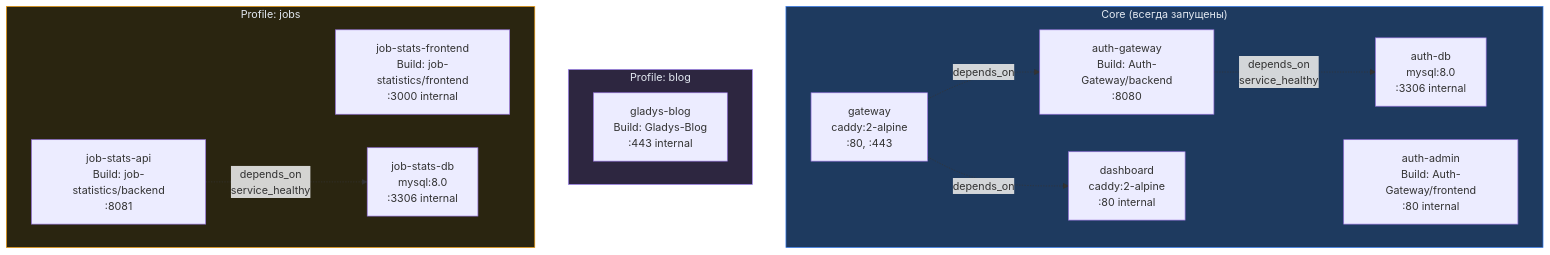
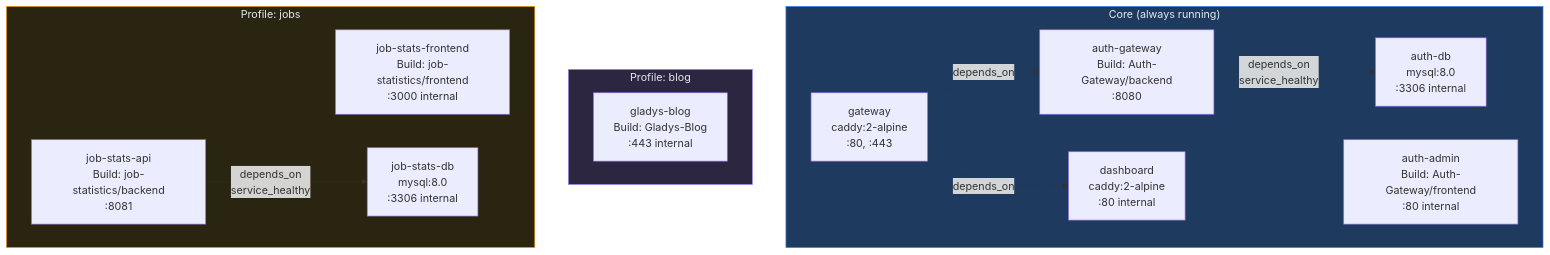
One commit to Finc8888/Dashboard changed the ninth of 13 diagrams in ARCHITECTURE.md. Above: the diagram before and after it, drawn with Mermaid. The commit also changed other lines of this file and 4 other files, not shown here.

````diff
--- a/ARCHITECTURE.md
+++ b/ARCHITECTURE.md
@@ -578,29 +578,29 @@
 ```mermaid
 flowchart TB
-    subgraph Core["Core (всегда запущены)"]
+    subgraph Core["Core (always running)"]
         GW["gateway<br/>caddy:2-alpine<br/>:80, :443"]
         DASH["dashboard<br/>caddy:2-alpine<br/>:80 internal"]
         AUTH["auth-gateway<br/>Build: Auth-Gateway/backend<br/>:8080"]
         AUTH_UI["auth-admin<br/>Build: Auth-Gateway/frontend<br/>:80 internal"]
         AUTH_DB["auth-db<br/>mysql:8.0<br/>:3306 internal"]
     end
 
     subgraph Blog["Profile: blog"]
         BLOG_SVC["gladys-blog<br/>Build: Gladys-Blog<br/>:443 internal"]
     end
 
     subgraph Jobs["Profile: jobs"]
         JOBS_FE["job-stats-frontend<br/>Build: job-statistics/frontend<br/>:3000 internal"]
         JOBS_API["job-stats-api<br/>Build: job-statistics/backend<br/>:8081"]
         JOBS_DB["job-stats-db<br/>mysql:8.0<br/>:3306 internal"]
     end
 
     GW -.->|depends_on| AUTH
     GW -.->|depends_on| DASH
     AUTH -.->|depends_on<br/>service_healthy| AUTH_DB
     JOBS_API -.->|depends_on<br/>service_healthy| JOBS_DB
 
     style Core fill:#1e3a5f,stroke:#3b82f6,color:#e2e8f0
     style Blog fill:#2d2640,stroke:#a78bfa,color:#e2e8f0
     style Jobs fill:#2a2510,stroke:#f59e0b,color:#e2e8f0
 ```
````
